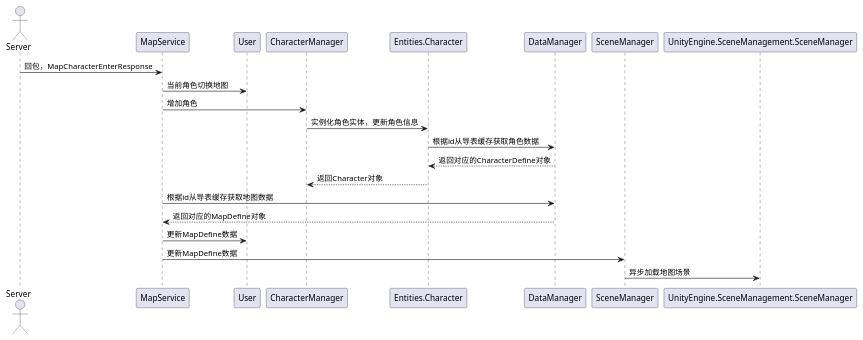
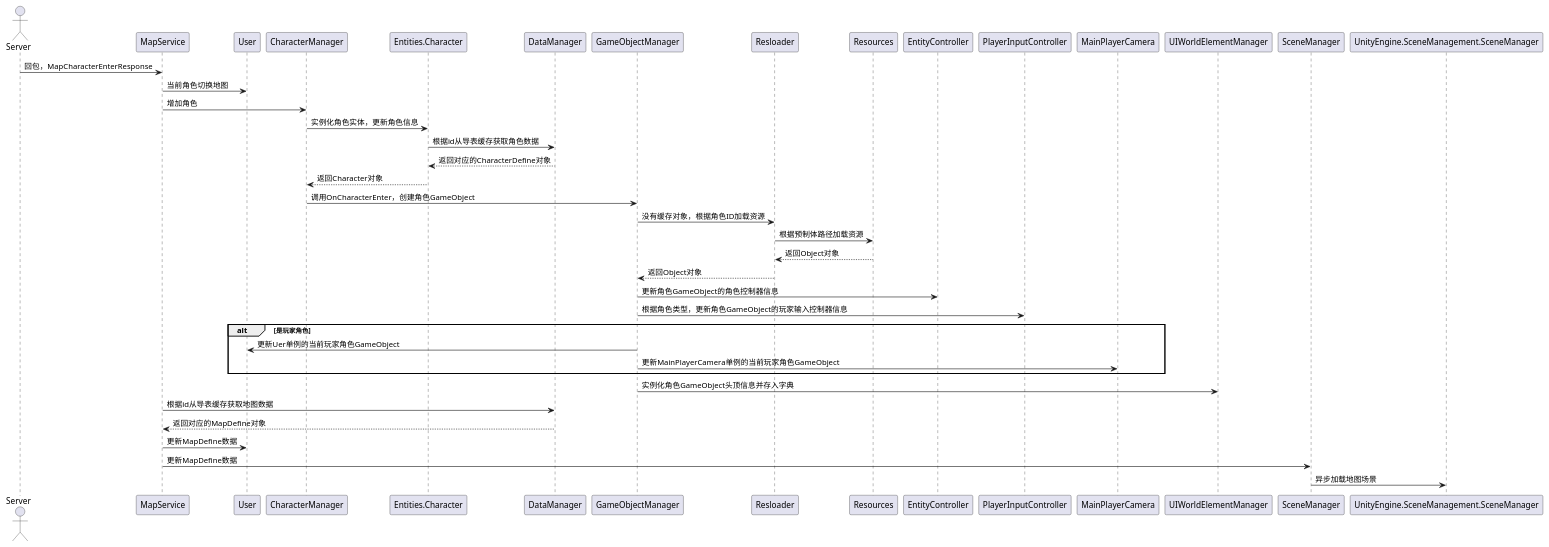
Before and after one commit to mkitto/mmo-1: the diagram in ExtremeWorld/uml/client_enterMap_seq.puml, drawn with PlantUML.

Commit message:
更新enter map

```diff
--- a/ExtremeWorld/uml/client_enterMap_seq.puml
+++ b/ExtremeWorld/uml/client_enterMap_seq.puml
@@ -1,15 +1,27 @@
 @startuml
 actor Server
 Server -> MapService: 回包，MapCharacterEnterResponse
 MapService -> User: 当前角色切换地图
 MapService -> CharacterManager: 增加角色
 CharacterManager -> Entities.Character: 实例化角色实体，更新角色信息
 Entities.Character -> DataManager: 根据id从导表缓存获取角色数据
 DataManager --> Entities.Character: 返回对应的CharacterDefine对象
 Entities.Character --> CharacterManager: 返回Character对象
+CharacterManager -> GameObjectManager: 调用OnCharacterEnter，创建角色GameObject
+GameObjectManager -> Resloader: 没有缓存对象，根据角色ID加载资源
+Resloader -> Resources: 根据预制体路径加载资源
+Resources --> Resloader: 返回Object对象
+Resloader -->GameObjectManager: 返回Object对象
+GameObjectManager -> EntityController: 更新角色GameObject的角色控制器信息
+GameObjectManager -> PlayerInputController: 根据角色类型，更新角色GameObject的玩家输入控制器信息
+alt 是玩家角色
+GameObjectManager -> User: 更新Uer单例的当前玩家角色GameObject
+GameObjectManager -> MainPlayerCamera: 更新MainPlayerCamera单例的当前玩家角色GameObject
+end
+GameObjectManager -> UIWorldElementManager: 实例化角色GameObject头顶信息并存入字典
 MapService -> DataManager: 根据id从导表缓存获取地图数据
 DataManager --> MapService: 返回对应的MapDefine对象
 MapService -> User: 更新MapDefine数据
 MapService -> SceneManager: 更新MapDefine数据
 SceneManager -> UnityEngine.SceneManagement.SceneManager: 异步加载地图场景
 @enduml
```
